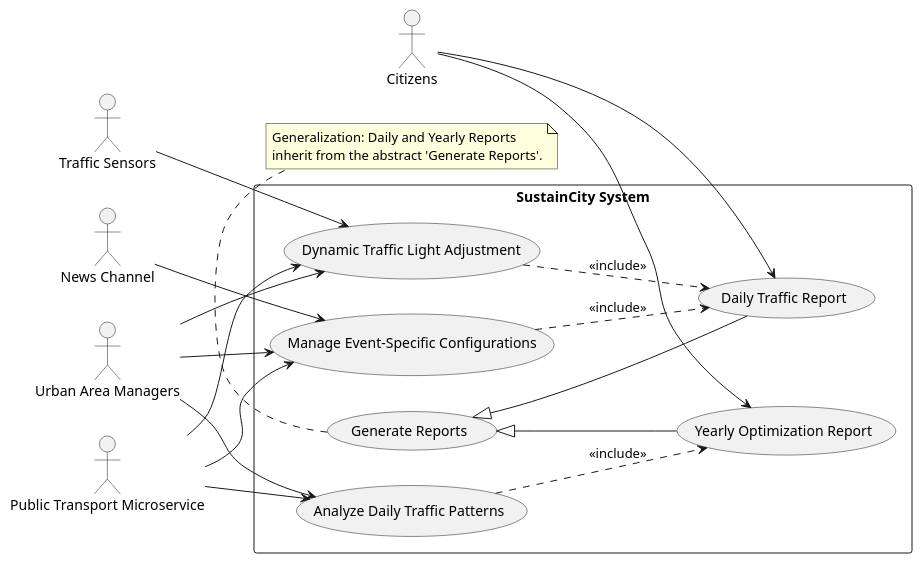
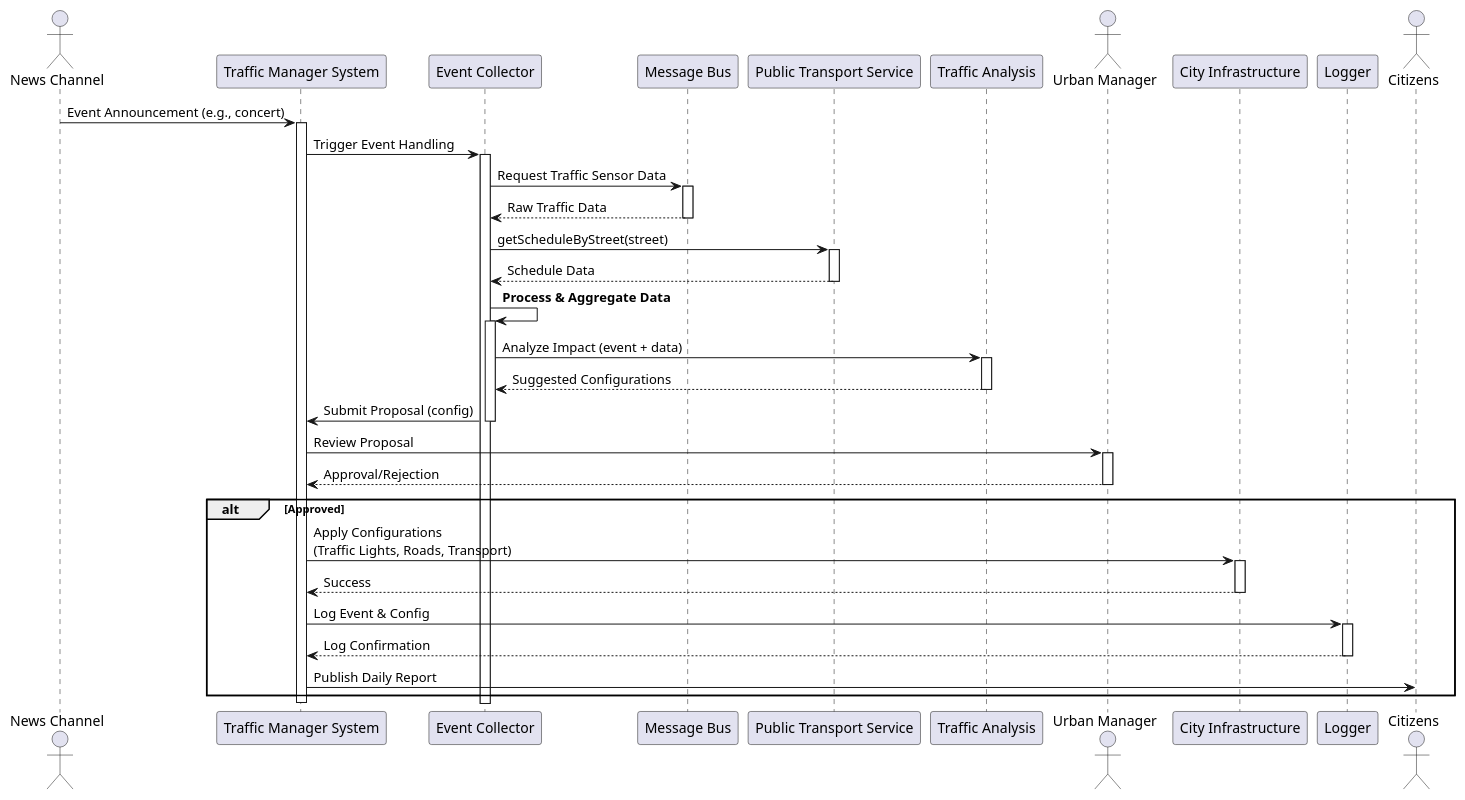
Before and after one commit to Peng-Rao/SE4HPC_notes: the diagram in test.wsd, drawn with PlantUML. The commit also changed 8 other files, not shown here.

Commit message:
Add components diagram

```diff
--- a/test.wsd
+++ b/test.wsd
@@ -1,42 +1,59 @@
 @startuml
-left to right direction
+actor "News Channel" as NewsChannel
+participant "Traffic Manager System" as TrafficManager
+participant "Event Collector" as EventCollector
+participant "Message Bus" as MessageBus
+participant "Public Transport Service" as PublicTransport
+participant "Traffic Analysis" as TrafficAnalysis
+actor "Urban Manager" as UrbanManager
+participant "City Infrastructure" as CityInfra
+participant "Logger" as Logger
+actor "Citizens" as Citizens
 
-actor "Traffic Sensors" as TS
-actor "News Channel" as NC
-actor "Urban Area Managers" as UAM
-actor "Public Transport Microservice" as PTM
-actor "Citizens" as C
+NewsChannel -> TrafficManager: Event Announcement (e.g., concert)
+activate TrafficManager
 
-rectangle "SustainCity System" {
-  usecase "Dynamic Traffic Light Adjustment" as UC1
-  usecase "Analyze Daily Traffic Patterns" as UC2
-  usecase "Manage Event-Specific Configurations" as UC3
+TrafficManager -> EventCollector: Trigger Event Handling
+activate EventCollector
 
-  usecase "Generate Reports" as REPORT
-  usecase "Daily Traffic Report" as DAILY
-  usecase "Yearly Optimization Report" as YEARLY
+EventCollector -> MessageBus: Request Traffic Sensor Data
+activate MessageBus
+MessageBus --> EventCollector: Raw Traffic Data
+deactivate MessageBus
 
-  TS --> UC1
-  NC --> UC3
-  UAM --> (UC1)
-  UAM --> (UC2)
-  UAM --> (UC3)
-  PTM --> UC1
-  PTM --> UC2
-  PTM --> UC3
-  C --> DAILY
-  C --> YEARLY
+EventCollector -> PublicTransport: getScheduleByStreet(street)
+activate PublicTransport
+PublicTransport --> EventCollector: Schedule Data
+deactivate PublicTransport
 
-  UC1 ..> DAILY : <<include>>
-  UC2 ..> YEARLY : <<include>>
-  UC3 ..> DAILY : <<include>>
+EventCollector -> EventCollector: **Process & Aggregate Data**
+activate EventCollector
 
-  REPORT <|-- DAILY
-  REPORT <|-- YEARLY
-}
+EventCollector -> TrafficAnalysis: Analyze Impact (event + data)
+activate TrafficAnalysis
+TrafficAnalysis --> EventCollector: Suggested Configurations
+deactivate TrafficAnalysis
 
-note bottom of REPORT
-  Generalization: Daily and Yearly Reports
-  inherit from the abstract 'Generate Reports'.
-end note
-@enduml1
+EventCollector -> TrafficManager: Submit Proposal (config)
+deactivate EventCollector
+TrafficManager -> UrbanManager: Review Proposal
+activate UrbanManager
+UrbanManager --> TrafficManager: Approval/Rejection
+deactivate UrbanManager
+
+alt Approved
+  TrafficManager -> CityInfra: Apply Configurations\n(Traffic Lights, Roads, Transport)
+  activate CityInfra
+  CityInfra --> TrafficManager: Success
+  deactivate CityInfra
+
+  TrafficManager -> Logger: Log Event & Config
+  activate Logger
+  Logger --> TrafficManager: Log Confirmation
+  deactivate Logger
+
+  TrafficManager -> Citizens: Publish Daily Report
+end
+
+deactivate TrafficManager
+@enduml
```
